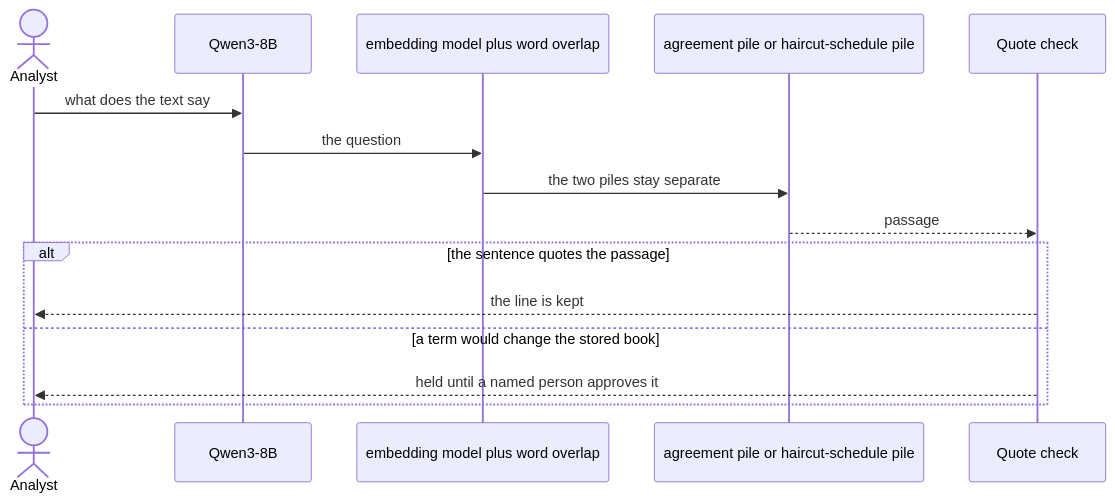
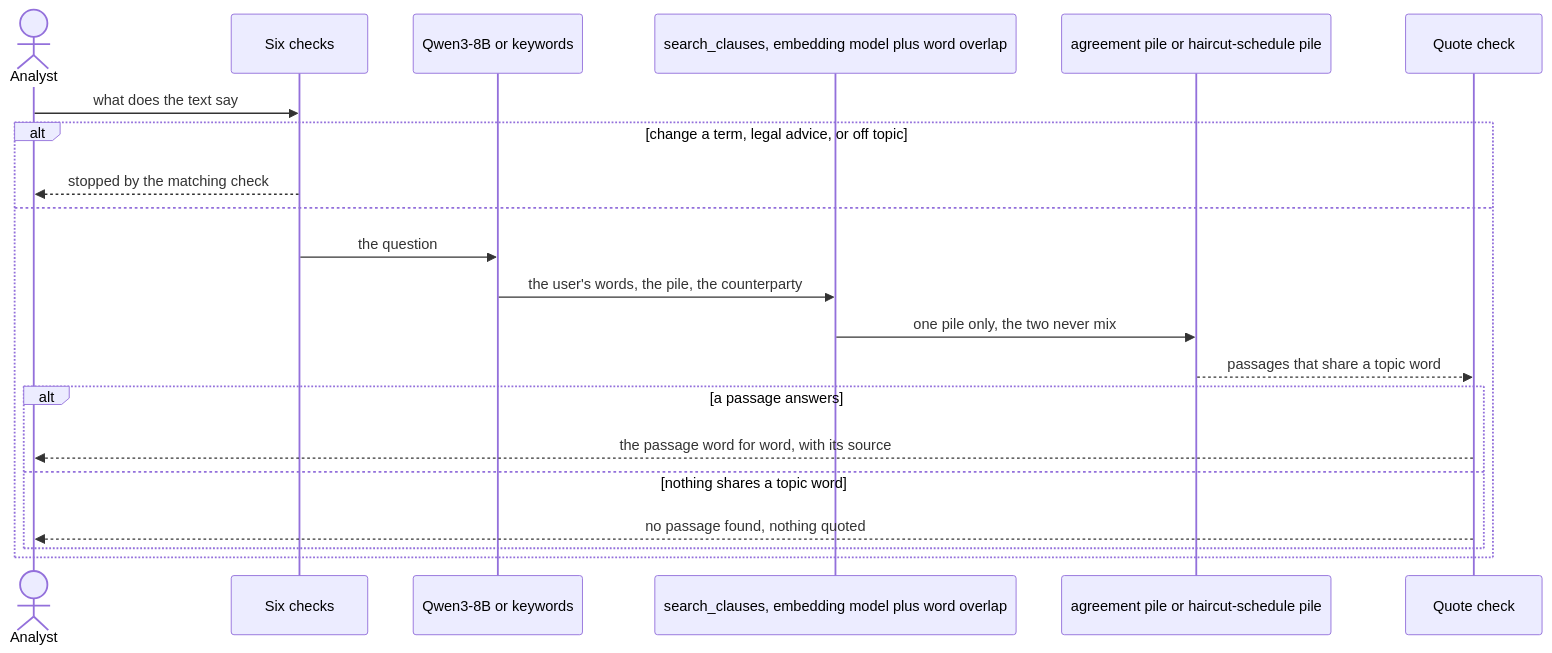
The sixth of 7 diagrams in RiskSphere/README.md (I-AM-THE-ONE-WHO-KNOCKS/Capstone_IITKGP_2026_Team_3SU), drawn with Mermaid before and after one commit. The commit also changed other lines of this file and 25 other files, not shown here.

````diff
--- a/RiskSphere/README.md
+++ b/RiskSphere/README.md
@@ -393,18 +396,24 @@
 ```mermaid
 sequenceDiagram
   actor Analyst
-  participant Planner as Qwen3-8B
-  participant Search as embedding model plus word overlap
+  participant Guard as Six checks
+  participant Planner as Qwen3-8B or keywords
+  participant Search as search_clauses, embedding model plus word overlap
   participant Store as agreement pile or haircut-schedule pile
   participant Gate as Quote check
 
-  Analyst->>Planner: what does the text say
-  Planner->>Search: the question
-  Search->>Store: the two piles stay separate
-  Store-->>Gate: passage
-  alt the sentence quotes the passage
-    Gate-->>Analyst: the line is kept
-  else a term would change the stored book
-    Gate-->>Analyst: held until a named person approves it
+  Analyst->>Guard: what does the text say
+  alt change a term, legal advice, or off topic
+    Guard-->>Analyst: stopped by the matching check
+  else
+    Guard->>Planner: the question
+    Planner->>Search: the user's words, the pile, the counterparty
+    Search->>Store: one pile only, the two never mix
+    Store-->>Gate: passages that share a topic word
+    alt a passage answers
+      Gate-->>Analyst: the passage word for word, with its source
+    else nothing shares a topic word
+      Gate-->>Analyst: no passage found, nothing quoted
+    end
   end
 ```
````
